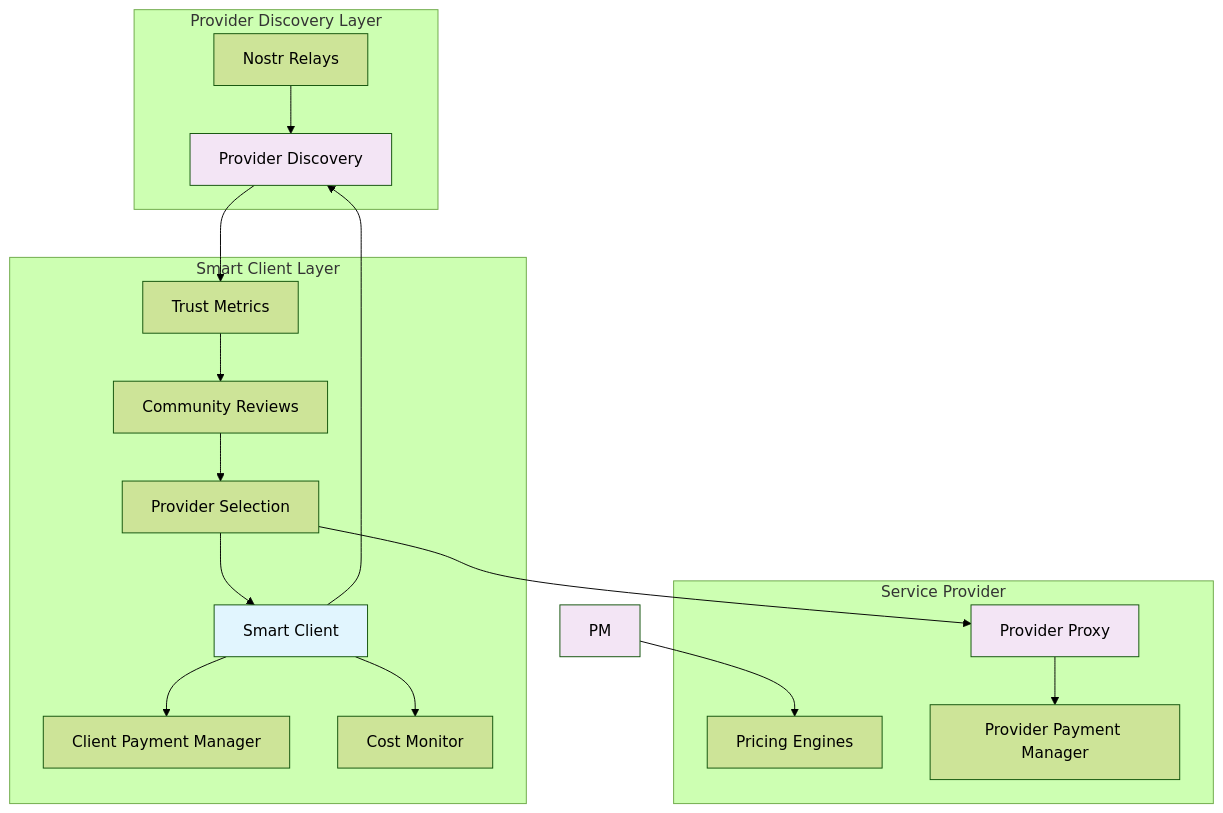
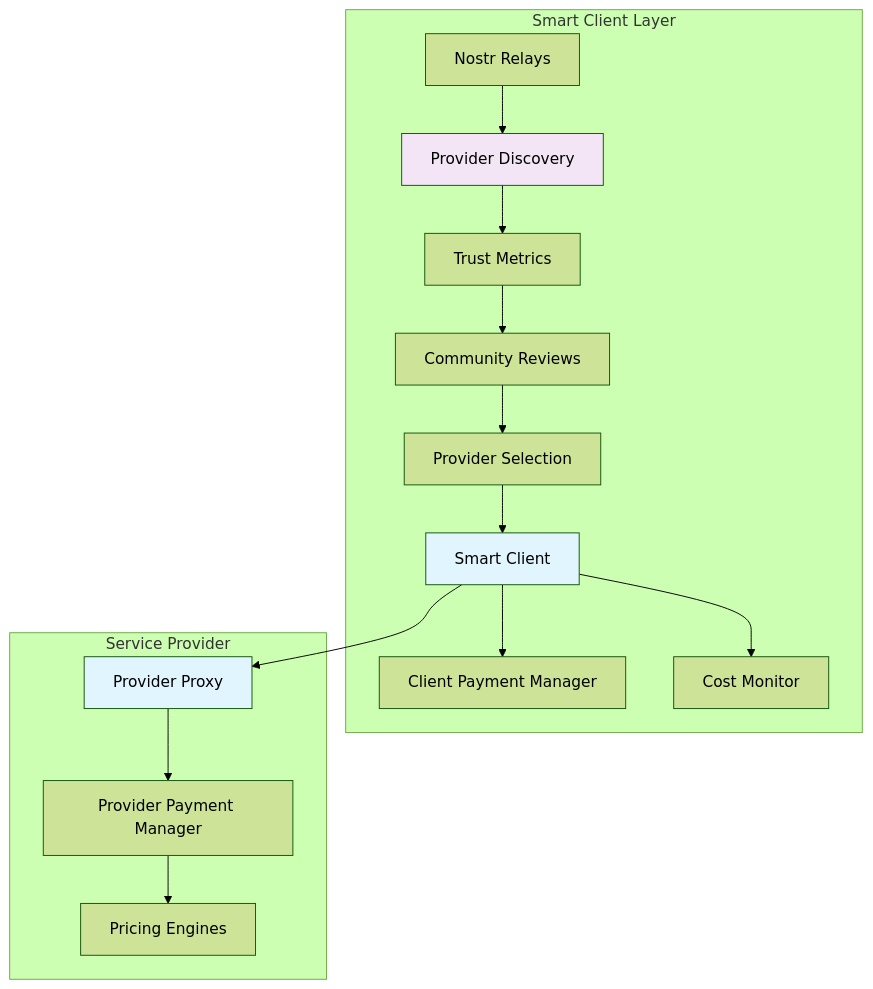
One commit to ecash-402/ecash-402-specs changed the diagram in README.md. Above: the diagram before and after it, drawn with Mermaid (forest theme).

````diff
--- a/README.md
+++ b/README.md
@@ -11,41 +11,36 @@
 ```mermaid
 graph TB
-    subgraph "Provider Discovery Layer"
+    subgraph "Smart Client Layer"
         NR[Nostr Relays]
         PD[Provider Discovery]
-    end
-
-    subgraph "Smart Client Layer"
         SC[Smart Client]
         CPM[Client Payment Manager]
         CM[Cost Monitor]
         PS[Provider Selection]
         TM[Trust Metrics]
         CR[Community Reviews]
     end
 
     subgraph "Service Provider"
         PE[Pricing Engines]
         PP[Provider Proxy]
         PPM[Provider Payment Manager]
     end
 
     NR --> PD
     PD --> TM
     TM --> CR
     CR --> PS
 
-    SC --> PD
     SC --> CPM
     SC --> CM
     PS --> SC
 
-    PS --> PP
+    SC --> PP
     PP --> PPM
-    PM --> PE
+    PPM --> PE
 
     style SC fill:#e1f5fe
     style PD fill:#f3e5f5
-    style PP fill:#f3e5f5
-    style PM fill:#f3e5f5
+    style PP fill:#e1f5fe
 ```
````
